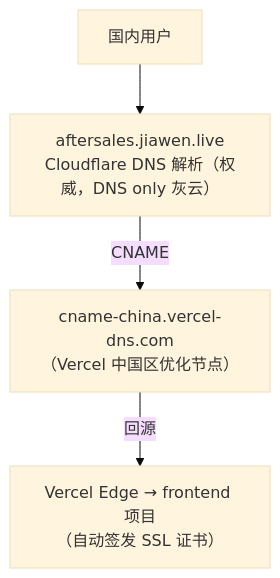
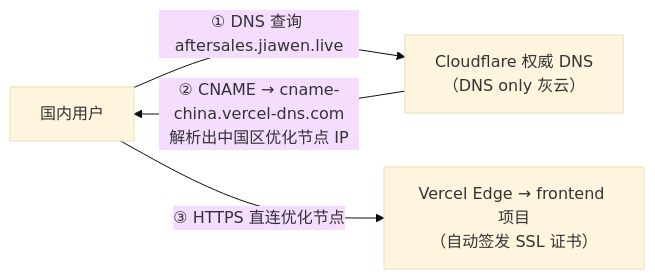
The third of 4 diagrams in README.md (zzlw/aftersales-agent), drawn with Mermaid (base theme) before and after one commit. The commit also changed other lines of this file, not shown here.

Commit message:
docs: 修正架构图与代码拓扑不一致（终态节点缺 END 边）、DNS 图解析链语义、表格同步指纹摄取逻辑

````diff
--- a/README.md
+++ b/README.md
@@ -112,6 +109,6 @@
 ```mermaid
-flowchart TB
-    U["国内用户"] --> DNS["aftersales.jiawen.live<br/>Cloudflare DNS 解析（权威，DNS only 灰云）"]
-    DNS -- CNAME --> CN["cname-china.vercel-dns.com<br/>（Vercel 中国区优化节点）"]
-    CN -- 回源 --> VE["Vercel Edge → frontend 项目<br/>（自动签发 SSL 证书）"]
+flowchart LR
+    U["国内用户"] -->|"① DNS 查询 aftersales.jiawen.live"| CF["Cloudflare 权威 DNS<br/>（DNS only 灰云）"]
+    CF -->|"② CNAME → cname-china.vercel-dns.com<br/>解析出中国区优化节点 IP"| U
+    U -->|"③ HTTPS 直连优化节点"| VE["Vercel Edge → frontend 项目<br/>（自动签发 SSL 证书）"]
 ```
````
